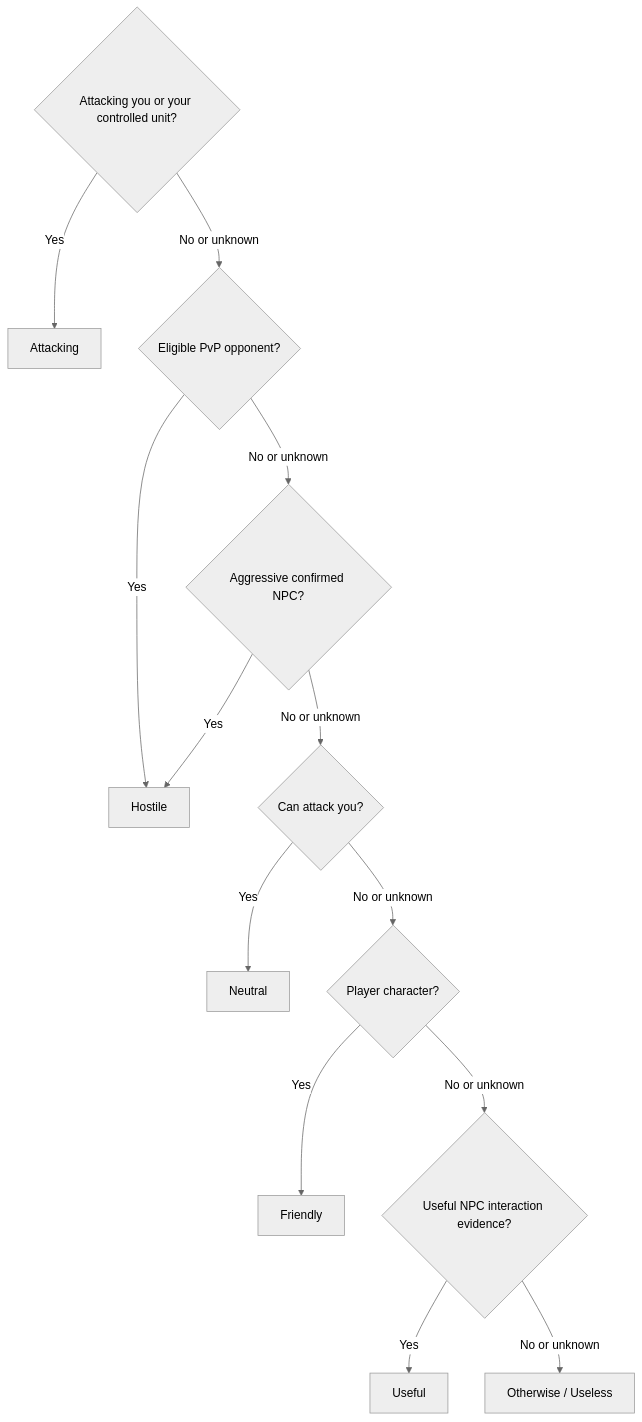
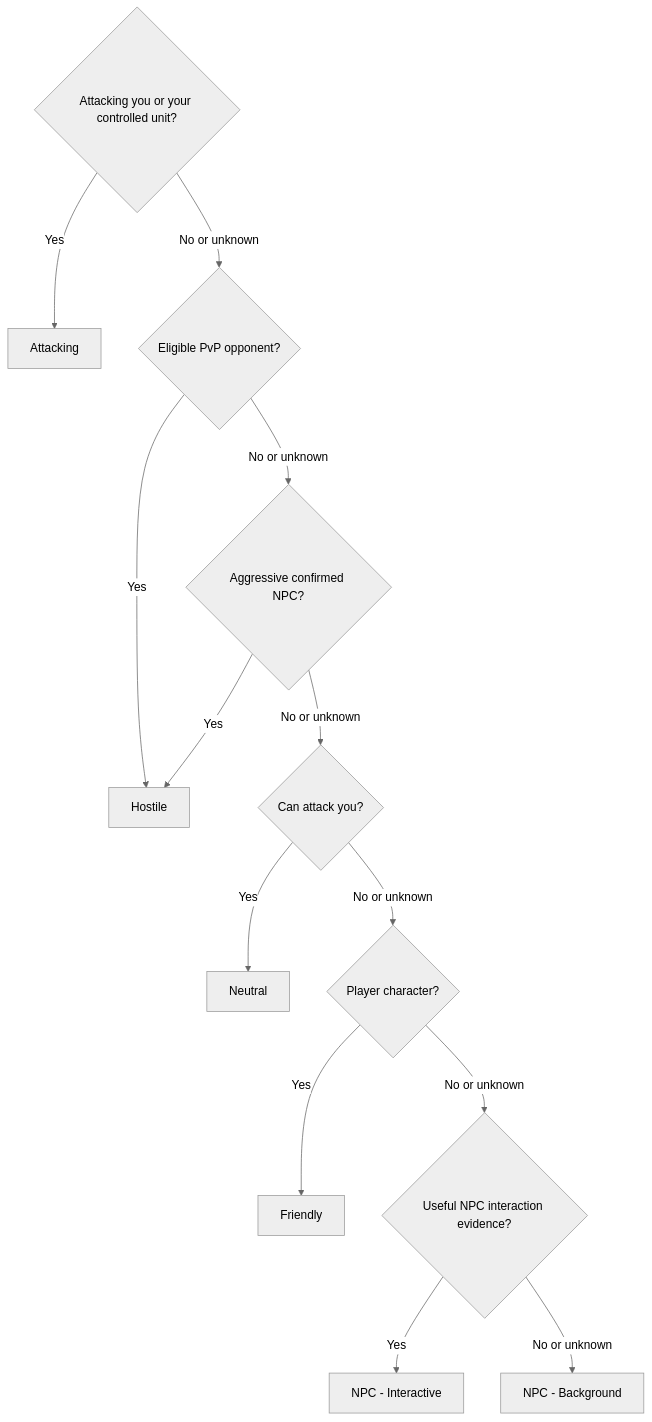
One commit to bblackmoor/SimpleNameplates changed the first of 2 diagrams in docs/design/evaluation-overview.md. Above: the diagram before and after it, drawn with Mermaid (neutral theme). The commit also changed other lines of this file and 18 other files, not shown here.

````diff
--- a/docs/design/evaluation-overview.md
+++ b/docs/design/evaluation-overview.md
@@ -24,16 +24,16 @@
 ```mermaid
 flowchart TD
     A{"Attacking you or your controlled unit?"}
     A -->|Yes| AT["Attacking"]
     A -->|No or unknown| B{"Eligible PvP opponent?"}
     B -->|Yes| H["Hostile"]
     B -->|No or unknown| C{"Aggressive confirmed NPC?"}
     C -->|Yes| H
     C -->|No or unknown| D{"Can attack you?"}
     D -->|Yes| N["Neutral"]
     D -->|No or unknown| E{"Player character?"}
     E -->|Yes| F["Friendly"]
     E -->|No or unknown| G{"Useful NPC interaction evidence?"}
-    G -->|Yes| U["Useful"]
-    G -->|No or unknown| R["Otherwise / Useless"]
+    G -->|Yes| U["NPC - Interactive"]
+    G -->|No or unknown| R["NPC - Background"]
 ```
````
